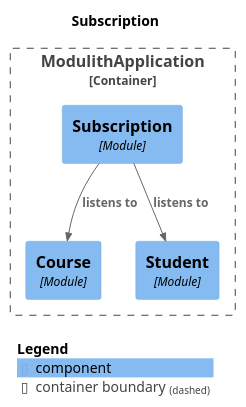
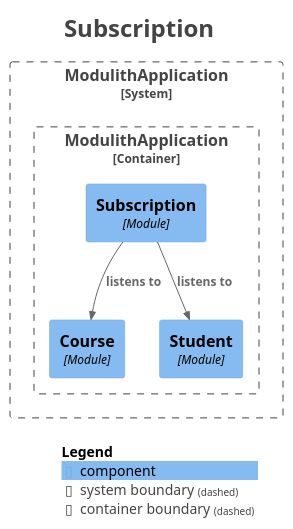
One commit to rashidi/spring-boot-tutorials changed the diagram in modulith/docs/module-subscription.puml. Above: the diagram before and after it, drawn with PlantUML. The commit also changed 92 other files, not shown here.

```diff
--- a/modulith/docs/module-subscription.puml
+++ b/modulith/docs/module-subscription.puml
@@ -1,21 +1,32 @@
 @startuml
+title <size:24>Subscription</size>
+
 set separator none
-title Subscription
+top to bottom direction
 
-top to bottom direction
+<style>
+  root {
+    BackgroundColor: #ffffff
+    FontColor: #444444
+  }
+</style>
 
 !include <C4/C4>
 !include <C4/C4_Context>
 !include <C4/C4_Component>
 
-Container_Boundary("ModulithApplication.ModulithApplication_boundary", "ModulithApplication", $tags="") {
-  Component(ModulithApplication.ModulithApplication.Course, "Course", $techn="Module", $descr="", $tags="", $link="")
-  Component(ModulithApplication.ModulithApplication.Student, "Student", $techn="Module", $descr="", $tags="", $link="")
-  Component(ModulithApplication.ModulithApplication.Subscription, "Subscription", $techn="Module", $descr="", $tags="", $link="")
+System_Boundary("ModulithApplication_boundary", "ModulithApplication", $tags="") {
+  Container_Boundary("ModulithApplication.ModulithApplication_boundary", "ModulithApplication", $tags="") {
+    Component(ModulithApplication.ModulithApplication.Course, "Course", $techn="Module", $descr="", $tags="", $link="")
+    Component(ModulithApplication.ModulithApplication.Student, "Student", $techn="Module", $descr="", $tags="", $link="")
+    Component(ModulithApplication.ModulithApplication.Subscription, "Subscription", $techn="Module", $descr="", $tags="", $link="")
+  }
+
 }
 
 Rel(ModulithApplication.ModulithApplication.Subscription, ModulithApplication.ModulithApplication.Student, "listens to", $techn="", $tags="", $link="")
 Rel(ModulithApplication.ModulithApplication.Subscription, ModulithApplication.ModulithApplication.Course, "listens to", $techn="", $tags="", $link="")
 
 SHOW_LEGEND(true)
+hide stereotypes
 @enduml
```
